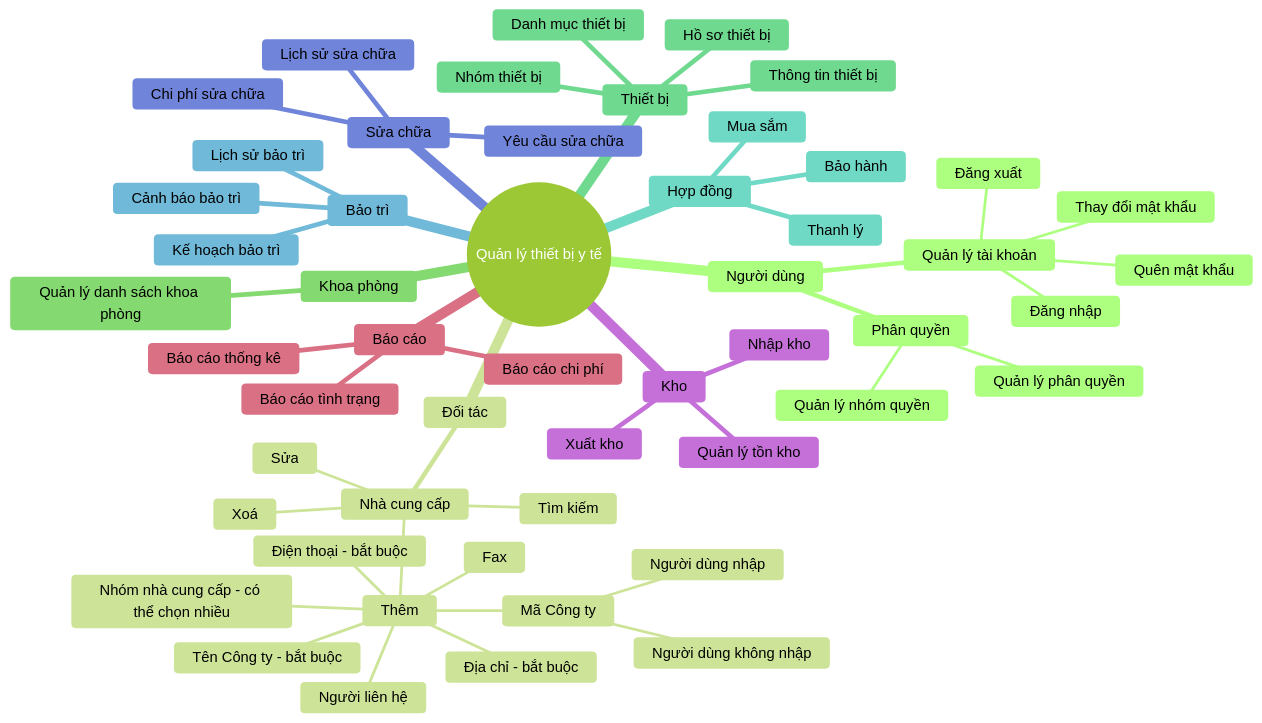
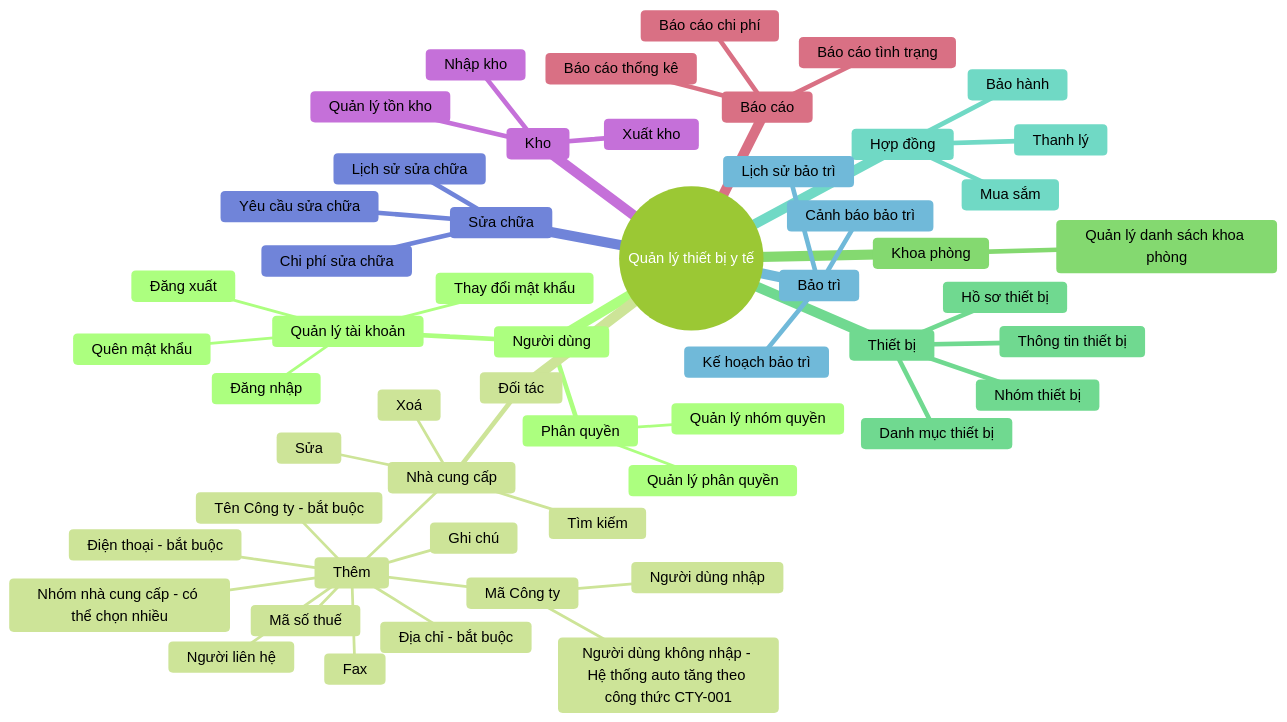
One commit to nthanhdo/mems-brainstorm changed the diagram in mindmap.md. Above: the diagram before and after it, drawn with Mermaid (forest theme).

````diff
--- a/mindmap.md
+++ b/mindmap.md
@@ -1,63 +1,62 @@
 ```mermaid
 mindmap
   root((Quản lý thiết bị y tế))
     Người dùng
       Quản lý tài khoản
          Đăng nhập
          Đăng xuất
          Thay đổi mật khẩu
          Quên mật khẩu
       Phân quyền
          Quản lý nhóm quyền
          Quản lý phân quyền
 
     Đối tác
       Nhà cung cấp
          Thêm
             Mã Công ty 
                Người dùng nhập 
-               Người dùng không nhập
+               Người dùng không nhập - Hệ thống auto tăng theo công thức CTY-001
             Tên Công ty - bắt buộc
+            Mã số thuế
+            Nhóm nhà cung cấp - có thể chọn nhiều
             Địa chỉ - bắt buộc
             Người liên hệ
             Điện thoại - bắt buộc
             Fax
-            Nhóm nhà cung cấp - có thể chọn nhiều
-                
-            
-
+            Ghi chú
          Sửa
          Xoá
          Tìm kiếm
     Khoa phòng
       Quản lý danh sách khoa phòng
       
     Thiết bị
       Nhóm thiết bị
       Danh mục thiết bị
       Thông tin thiết bị
       Hồ sơ thiết bị
 
     Hợp đồng
       Mua sắm
       Bảo hành
       Thanh lý
     Bảo trì
       Kế hoạch bảo trì
       Lịch sử bảo trì
       Cảnh báo bảo trì
     Sửa chữa
       Yêu cầu sửa chữa
       Lịch sử sửa chữa
       Chi phí sửa chữa
     Kho
       Quản lý tồn kho
       Nhập kho
       Xuất kho
     Báo cáo
       Báo cáo thống kê
       Báo cáo tình trạng
       Báo cáo chi phí
    
 
 ```
````
